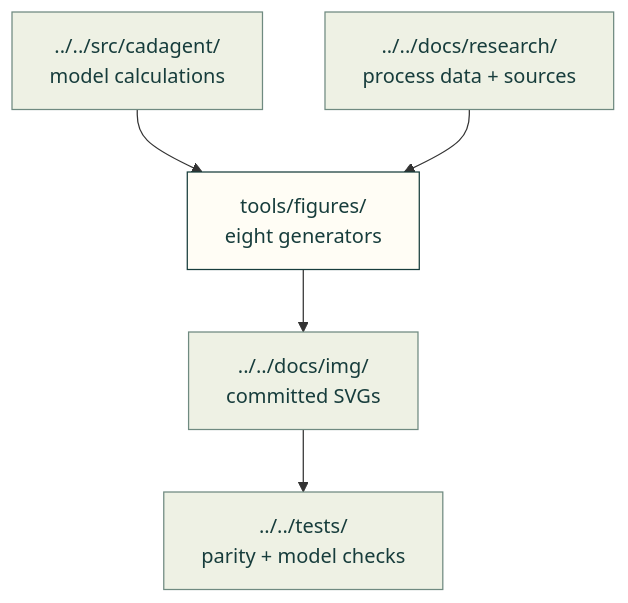
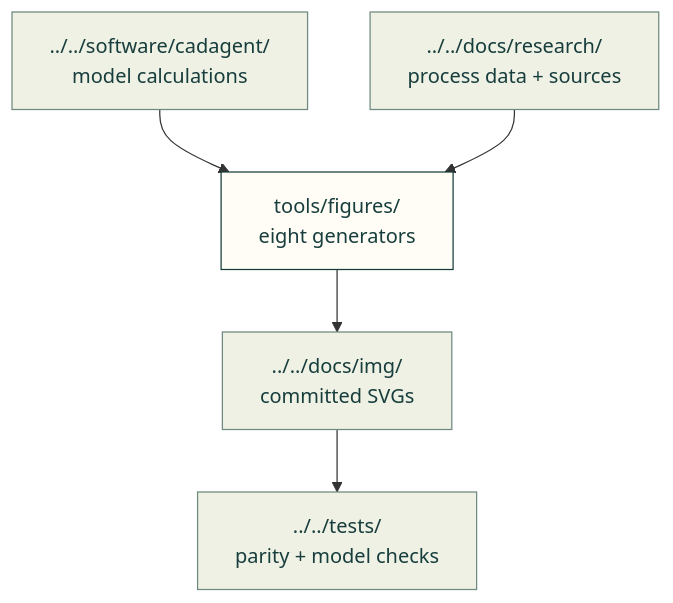
Before and after one commit to Valpatel/cad-agent: the diagram in tools/figures/README.md, drawn with Mermaid. The commit also changed other lines of this file and 5109 other files, not shown here.

````diff
--- a/tools/figures/README.md
+++ b/tools/figures/README.md
@@ -5,11 +5,11 @@
 ```mermaid
 flowchart TD
-    C["../../src/cadagent/<br/>model calculations"] --> G["tools/figures/<br/>eight generators"]
+    C["../../software/cadagent/<br/>model calculations"] --> G["tools/figures/<br/>eight generators"]
     D["../../docs/research/<br/>process data + sources"] --> G
     G --> O["../../docs/img/<br/>committed SVGs"]
     O --> T["../../tests/<br/>parity + model checks"]
     classDef here fill:#fffdf5,stroke:#173d3c,color:#173d3c
     classDef near fill:#eef1e4,stroke:#6f8a80,color:#173d3c
     class G here
     class C,D,O,T near
 ```
````
